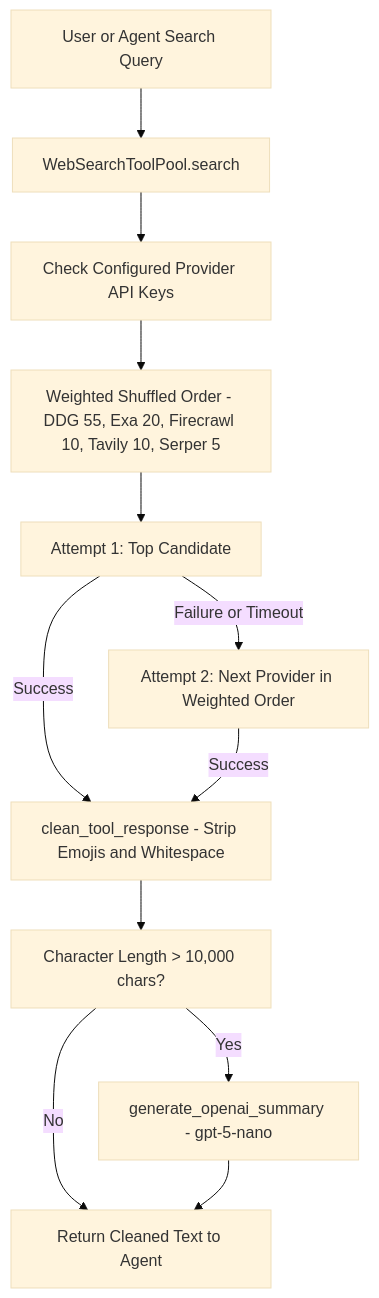
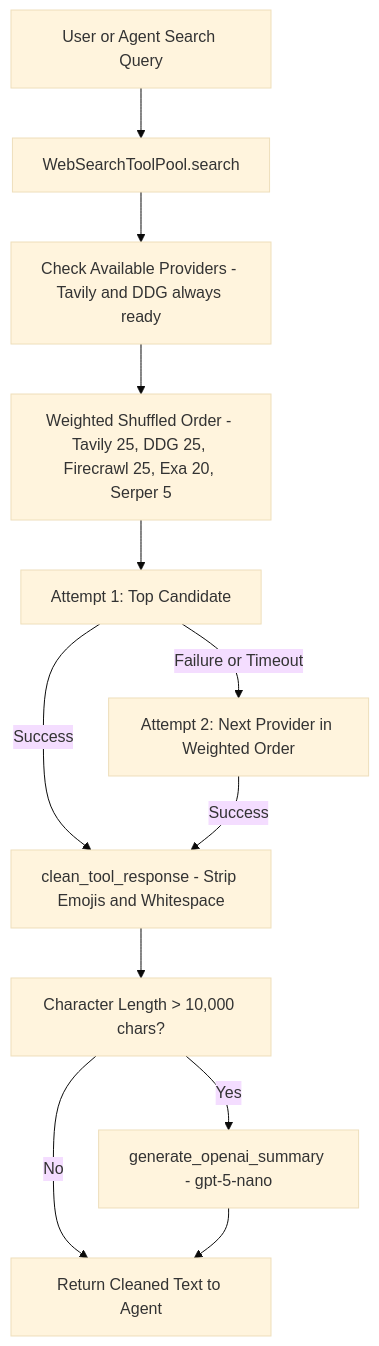
One commit to AmritSDutta/Aryhant changed the diagram in docs/web-search.mdx. Above: the diagram before and after it, drawn with Mermaid (base theme). The commit also changed other lines of this file and 5 other files, not shown here.

````diff
--- a/docs/web-search.mdx
+++ b/docs/web-search.mdx
@@ -42,14 +48,14 @@
 ```mermaid
 flowchart TD
   Query["User or Agent Search Query"] --> Pool["WebSearchToolPool.search"]
-  Pool --> ConfigCheck["Check Configured Provider API Keys"]
-  ConfigCheck --> WeightedSample["Weighted Shuffled Order - DDG 55, Exa 20, Firecrawl 10, Tavily 10, Serper 5"]
+  Pool --> ConfigCheck["Check Available Providers - Tavily and DDG always ready"]
+  ConfigCheck --> WeightedSample["Weighted Shuffled Order - Tavily 25, DDG 25, Firecrawl 25, Exa 20, Serper 5"]
   WeightedSample --> PrimaryAttempt["Attempt 1: Top Candidate"]
   PrimaryAttempt -->|Success| Clean["clean_tool_response - Strip Emojis and Whitespace"]
   PrimaryAttempt -->|Failure or Timeout| FallbackAttempt["Attempt 2: Next Provider in Weighted Order"]
   FallbackAttempt -->|Success| Clean
   Clean --> SummarizeCheck["Character Length > 10,000 chars?"]
   SummarizeCheck -->|Yes| OpenAISummary["generate_openai_summary - gpt-5-nano"]
   SummarizeCheck -->|No| FormattedText["Return Cleaned Text to Agent"]
   OpenAISummary --> FormattedText
 ```
````
